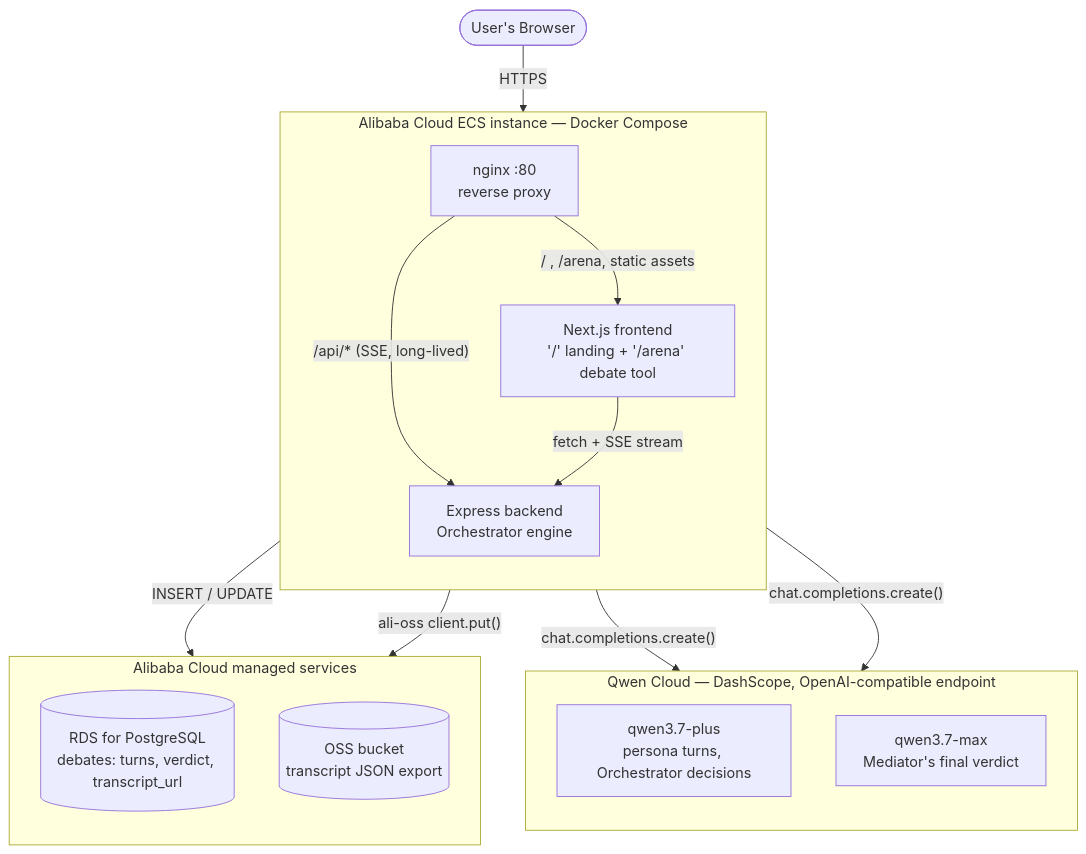
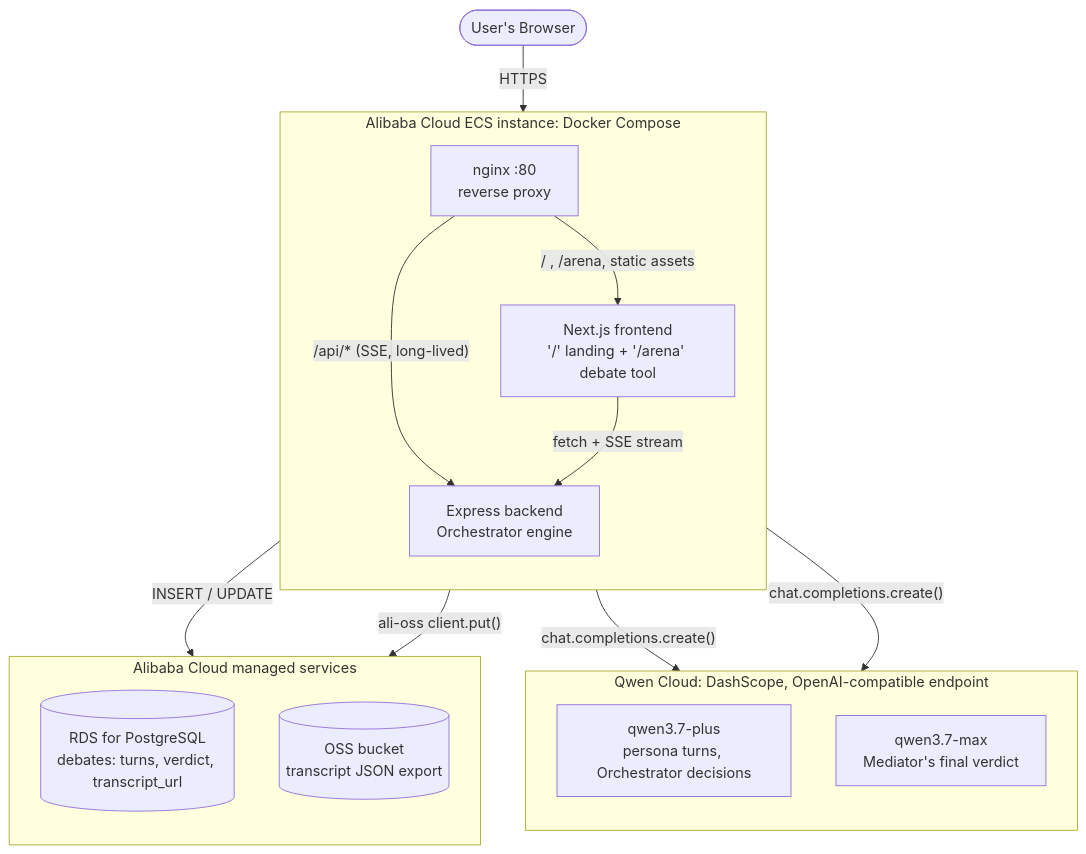
One commit to HardikKotangale/Adversary changed the diagram in README.md. Above: the diagram before and after it, drawn with Mermaid. The commit also changed other lines of this file and 25 other files, not shown here.

````diff
--- a/README.md
+++ b/README.md
@@ -89,32 +89,32 @@
 ```mermaid
 flowchart TB
     User(["User's Browser"])
 
-    subgraph ECS["Alibaba Cloud ECS instance — Docker Compose"]
+    subgraph ECS["Alibaba Cloud ECS instance: Docker Compose"]
         direction TB
         Nginx["nginx :80\nreverse proxy"]
         Frontend["Next.js frontend\n'/' landing + '/arena' debate tool"]
         Backend["Express backend\nOrchestrator engine"]
         Nginx -->|"/ , /arena, static assets"| Frontend
         Nginx -->|"/api/* (SSE, long-lived)"| Backend
     end
 
-    subgraph Qwen["Qwen Cloud — DashScope, OpenAI-compatible endpoint"]
+    subgraph Qwen["Qwen Cloud: DashScope, OpenAI-compatible endpoint"]
         direction TB
         PersonaModel["qwen3.7-plus\npersona turns, Orchestrator decisions"]
         MediatorModel["qwen3.7-max\nMediator's final verdict"]
     end
 
     subgraph AlibabaManaged["Alibaba Cloud managed services"]
         direction TB
         RDS[("RDS for PostgreSQL\ndebates: turns, verdict, transcript_url")]
         OSS[("OSS bucket\ntranscript JSON export")]
     end
 
     User -- HTTPS --> Nginx
     Frontend -- "fetch + SSE stream" --> Backend
     Backend -- "chat.completions.create()" --> PersonaModel
     Backend -- "chat.completions.create()" --> MediatorModel
     Backend -- "INSERT / UPDATE" --> RDS
     Backend -- "ali-oss client.put()" --> OSS
 ```
````
